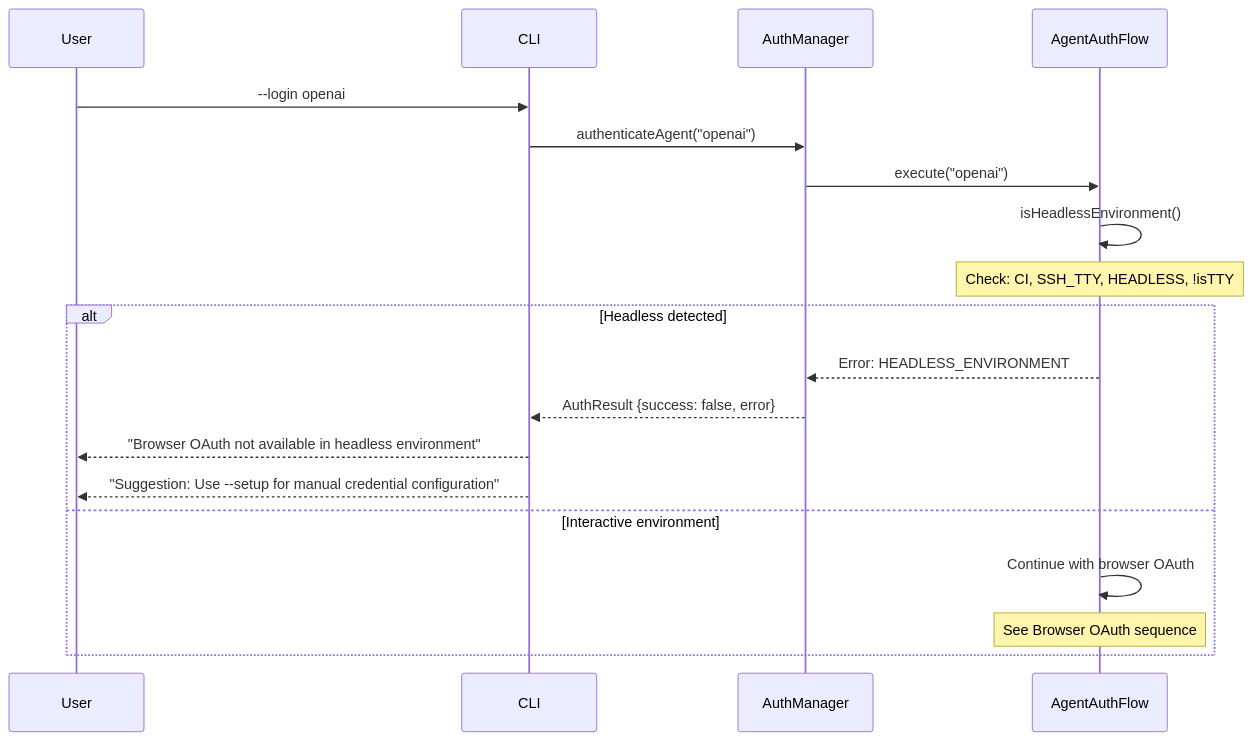
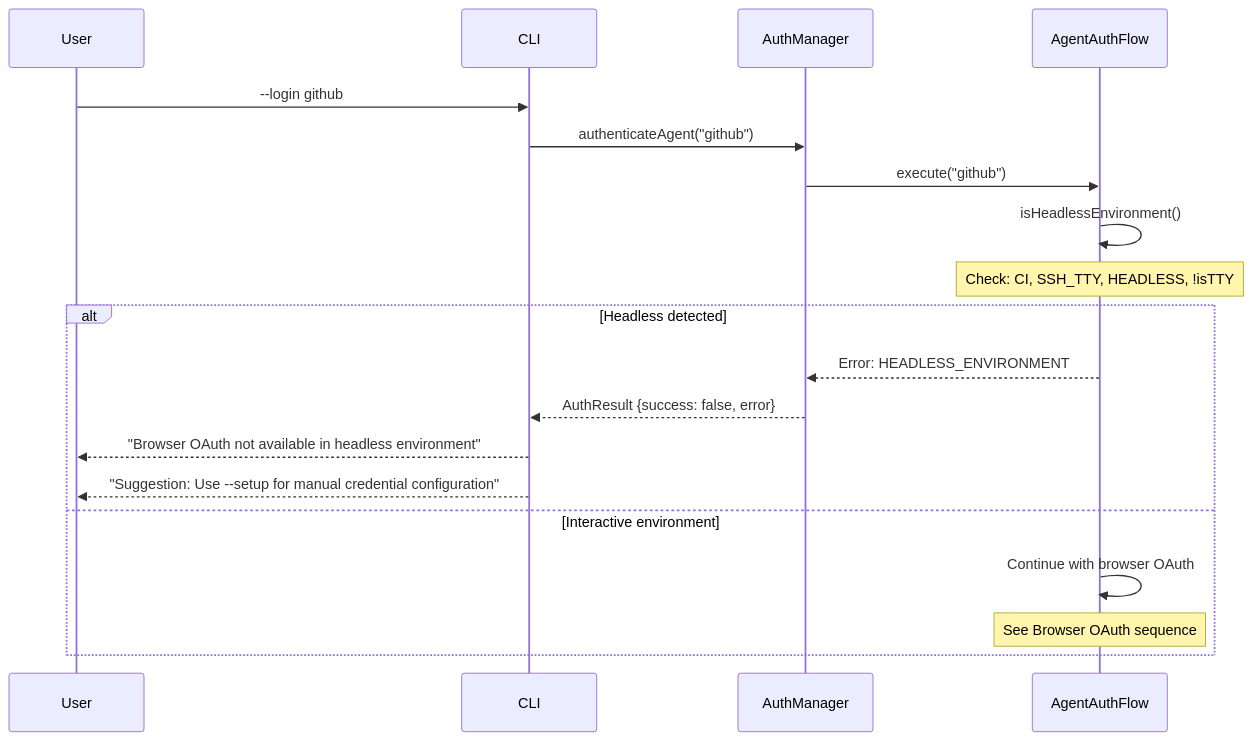
One commit to stdiobus/workers-registry changed the fifth of 6 diagrams in docs/oauth/technical-reference.md. Above: the diagram before and after it, drawn with Mermaid. The commit also changed other lines of this file and 29 other files, not shown here.

````diff
--- a/docs/oauth/technical-reference.md
+++ b/docs/oauth/technical-reference.md
@@ -374,24 +560,24 @@
 ```mermaid
 sequenceDiagram
     participant User
     participant CLI as CLI
     participant AM as AuthManager
     participant Flow as AgentAuthFlow
 
-    User->>CLI: --login openai
-    CLI->>AM: authenticateAgent("openai")
-    AM->>Flow: execute("openai")
+    User->>CLI: --login github
+    CLI->>AM: authenticateAgent("github")
+    AM->>Flow: execute("github")
     
     Flow->>Flow: isHeadlessEnvironment()
     Note over Flow: Check: CI, SSH_TTY, HEADLESS, !isTTY
     
     alt Headless detected
         Flow-->>AM: Error: HEADLESS_ENVIRONMENT
         AM-->>CLI: AuthResult {success: false, error}
         CLI-->>User: "Browser OAuth not available in headless environment"
         CLI-->>User: "Suggestion: Use --setup for manual credential configuration"
     else Interactive environment
         Flow->>Flow: Continue with browser OAuth
         Note over Flow: See Browser OAuth sequence
     end
 ```
````
